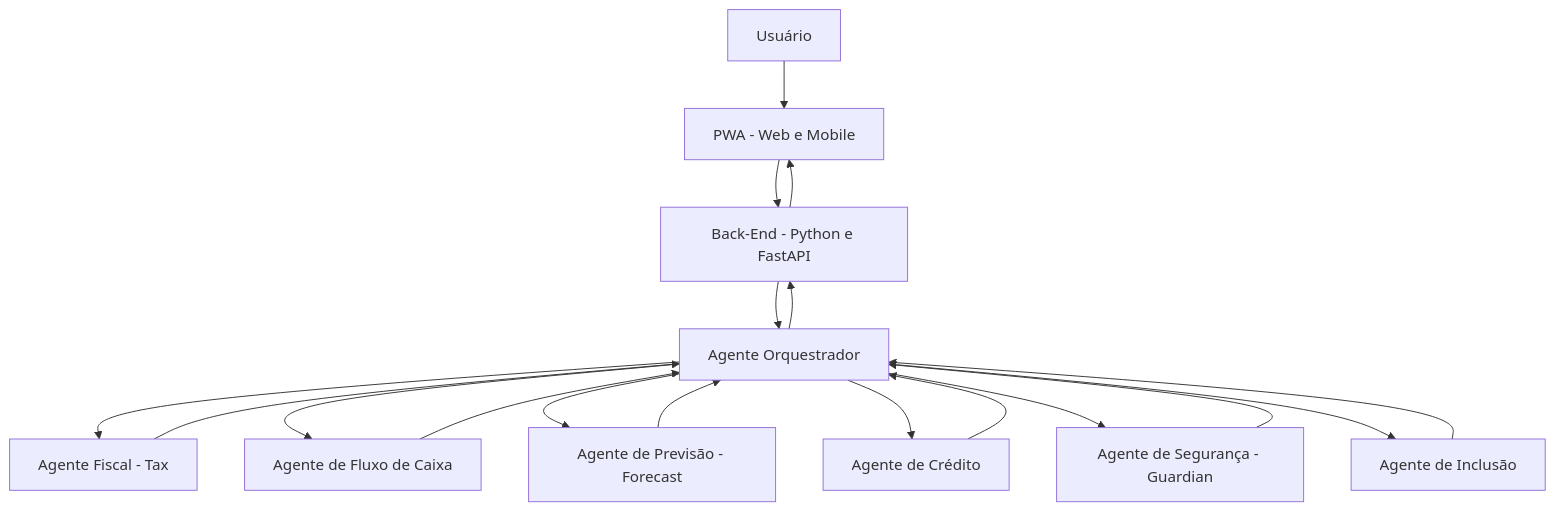
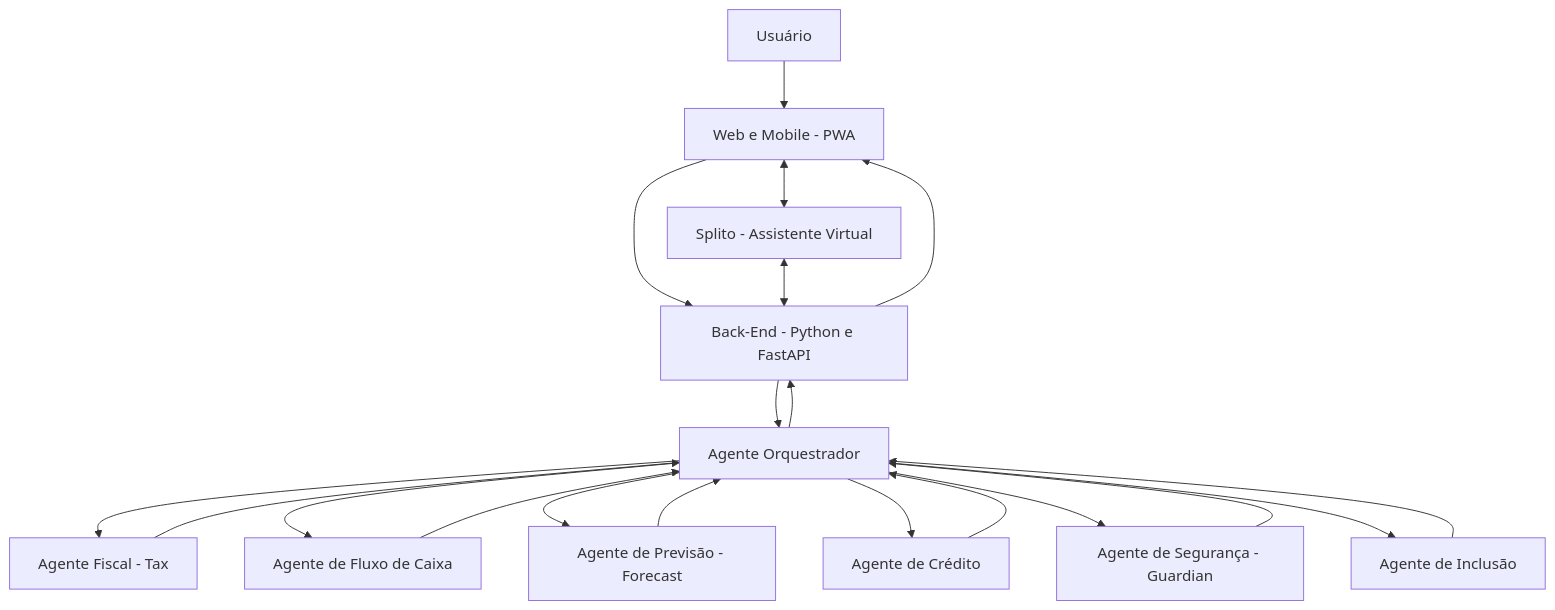
The diagram in README.md (Tiasgod/IBM-SplitAgent), drawn with Mermaid before and after one commit. The commit also changed other lines of this file, not shown here.

````diff
--- a/README.md
+++ b/README.md
@@ -182,23 +228,27 @@
 ```mermaid
 flowchart TD
-    A[Usuário] --> B[PWA - Web e Mobile]
+    A[Usuário] --> B[Web e Mobile - PWA]
     B --> C[Back-End - Python e FastAPI]
+
     C --> D[Agente Orquestrador]
 
     D --> E[Agente Fiscal - Tax]
     D --> F[Agente de Fluxo de Caixa]
     D --> G[Agente de Previsão - Forecast]
     D --> H[Agente de Crédito]
     D --> I[Agente de Segurança - Guardian]
     D --> J[Agente de Inclusão]
+
+    B <--> K[Splito - Assistente Virtual]
+    K <--> C
 
     E --> D
     F --> D
     G --> D
     H --> D
     I --> D
     J --> D
 
     D --> C
     C --> B
 ```
````
